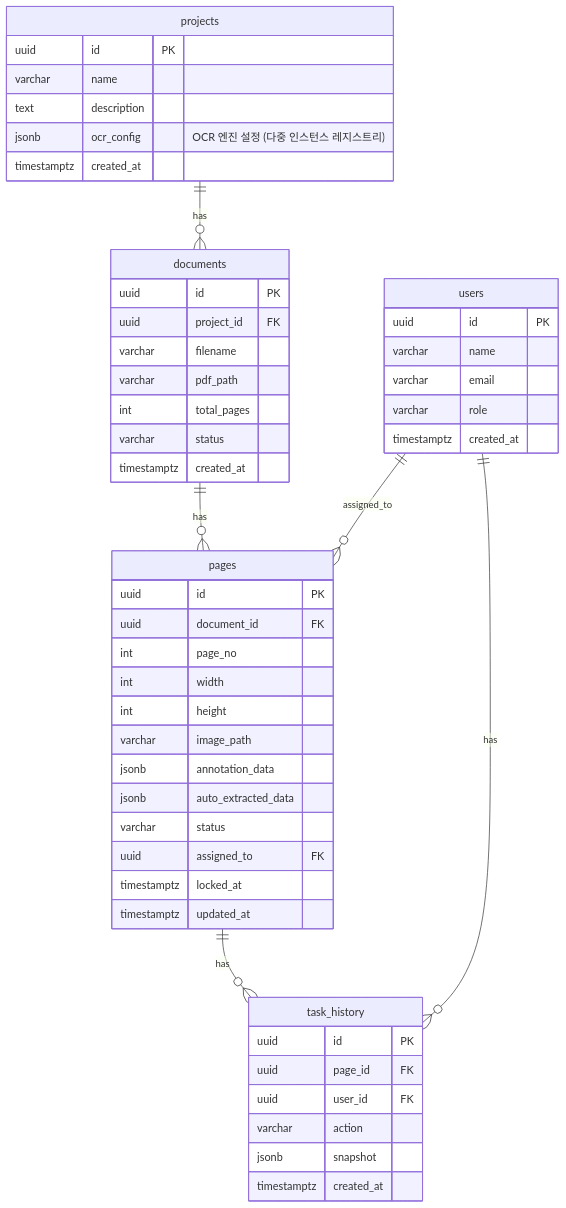
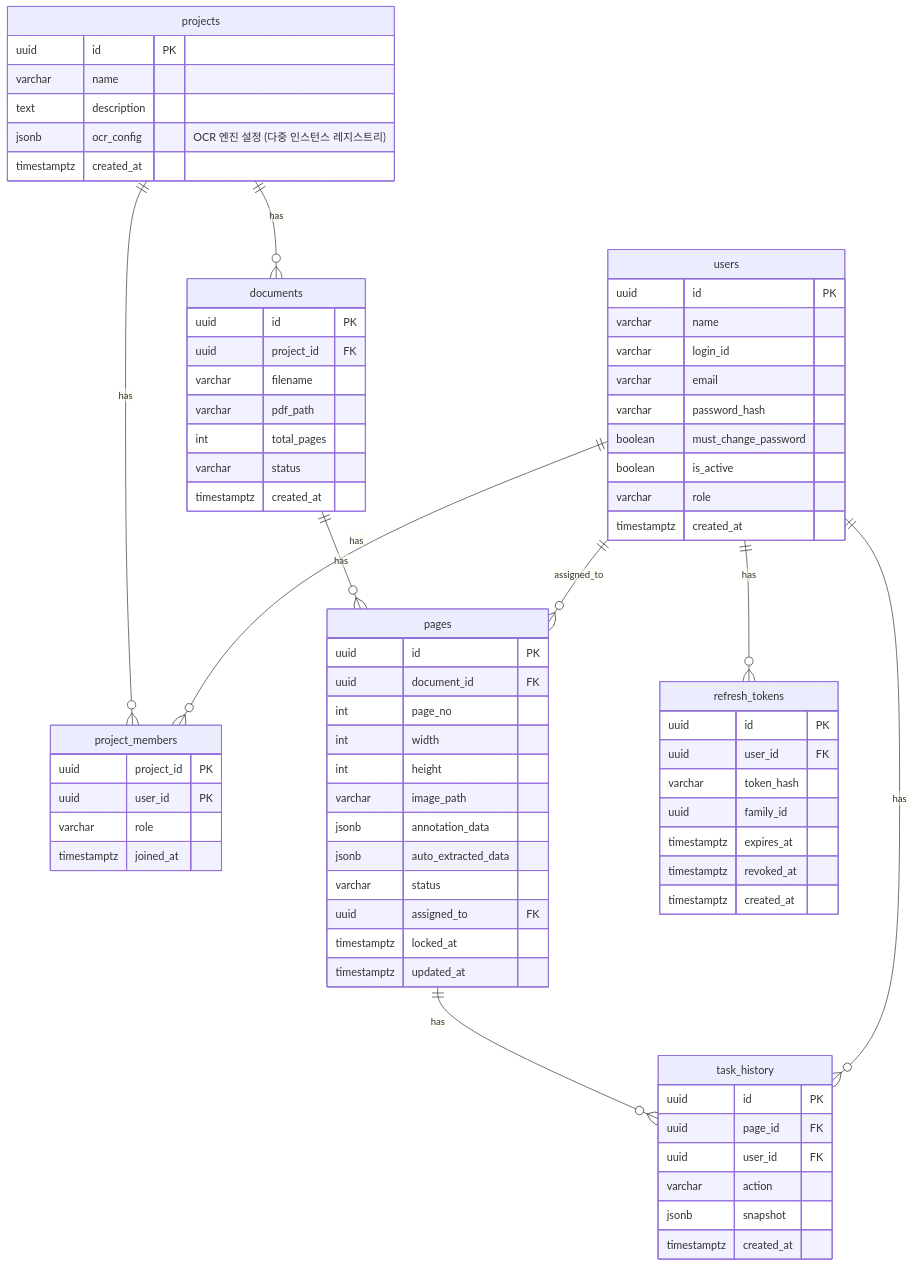
Before and after one commit to appleparan/saegim: the diagram in docs/backend/architecture/database.md, drawn with Mermaid. The commit also changed other lines of this file, not shown here.

First line of the commit message:
docs: update database.md to match current schema

````diff
--- a/docs/backend/architecture/database.md
+++ b/docs/backend/architecture/database.md
@@ -50,58 +50,82 @@
 ```mermaid
 erDiagram
     projects ||--o{ documents : has
+    projects ||--o{ project_members : has
     documents ||--o{ pages : has
     users ||--o{ pages : "assigned_to"
+    users ||--o{ project_members : has
+    users ||--o{ refresh_tokens : has
     pages ||--o{ task_history : has
     users ||--o{ task_history : has
 
     projects {
         uuid id PK
         varchar name
         text description
         jsonb ocr_config "OCR 엔진 설정 (다중 인스턴스 레지스트리)"
         timestamptz created_at
     }
 
     documents {
         uuid id PK
         uuid project_id FK
         varchar filename
         varchar pdf_path
         int total_pages
         varchar status
         timestamptz created_at
     }
 
     pages {
         uuid id PK
         uuid document_id FK
         int page_no
         int width
         int height
         varchar image_path
         jsonb annotation_data
         jsonb auto_extracted_data
         varchar status
         uuid assigned_to FK
         timestamptz locked_at
         timestamptz updated_at
     }
 
     users {
         uuid id PK
         varchar name
+        varchar login_id
         varchar email
+        varchar password_hash
+        boolean must_change_password
+        boolean is_active
         varchar role
         timestamptz created_at
     }
 
     task_history {
         uuid id PK
         uuid page_id FK
         uuid user_id FK
         varchar action
         jsonb snapshot
         timestamptz created_at
     }
+
+    project_members {
+        uuid project_id PK
+        uuid user_id PK
+        varchar role
+        timestamptz joined_at
+    }
+
+    refresh_tokens {
+        uuid id PK
+        uuid user_id FK
+        varchar token_hash
+        uuid family_id
+        timestamptz expires_at
+        timestamptz revoked_at
+        timestamptz created_at
+    }
 ```
````
